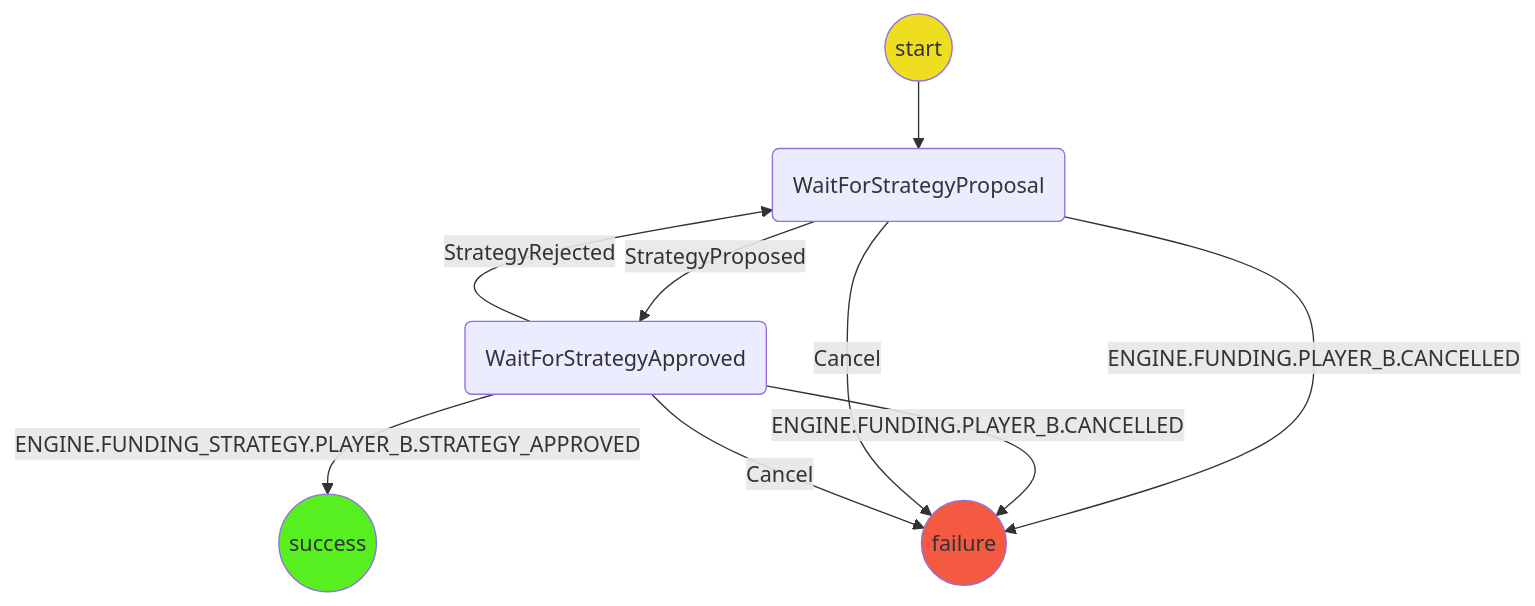
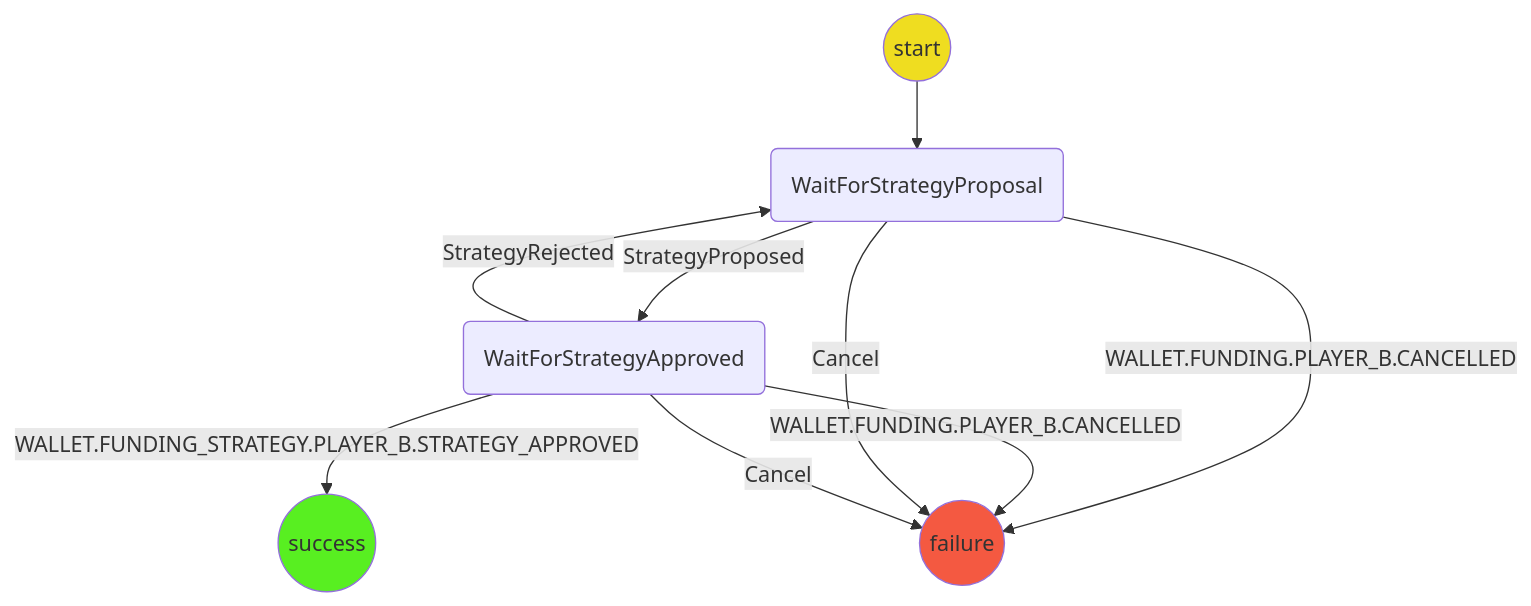
One commit to statechannels/statechannels changed the second of 2 diagrams in packages/wallet/src/redux/protocols/funding-strategy-negotiation/readme.md. Above: the diagram before and after it, drawn with Mermaid. The commit also changed other lines of this file and 124 other files, not shown here.

Commit message:
chore: rename all instances of engine to wallet

````diff
--- a/packages/wallet/src/redux/protocols/funding-strategy-negotiation/readme.md
+++ b/packages/wallet/src/redux/protocols/funding-strategy-negotiation/readme.md
@@ -38,26 +38,26 @@
 ```mermaid
 graph TD
 linkStyle default interpolate basis
   S((start)) --> WFSP(WaitForStrategyProposal)
 
   WFSP --> |StrategyProposed| WFSA(WaitForStrategyApproved)
 
-  WFSA --> |ENGINE.FUNDING_STRATEGY.PLAYER_B.STRATEGY_APPROVED| SS((success))
+  WFSA --> |WALLET.FUNDING_STRATEGY.PLAYER_B.STRATEGY_APPROVED| SS((success))
 
 
   WFSA --> |StrategyRejected| WFSP
 
-  WFSP --> |ENGINE.FUNDING.PLAYER_B.CANCELLED| F
-  WFSA --> |ENGINE.FUNDING.PLAYER_B.CANCELLED| F
+  WFSP --> |WALLET.FUNDING.PLAYER_B.CANCELLED| F
+  WFSA --> |WALLET.FUNDING.PLAYER_B.CANCELLED| F
   WFSP --> |Cancel| F((failure))
   WFSA --> |Cancel| F
 
   classDef logic fill:#efdd20;
   classDef Success fill:#58ef21;
   classDef Failure fill:#f45941;
   classDef WaitForChildProtocol stroke:#333,stroke-width:4px,color:#ffff,fill:#333;
   class S logic;
   class SS Success;
   class F Failure;
   class WFF,WFAC WaitForChildProtocol;
 ```
````
